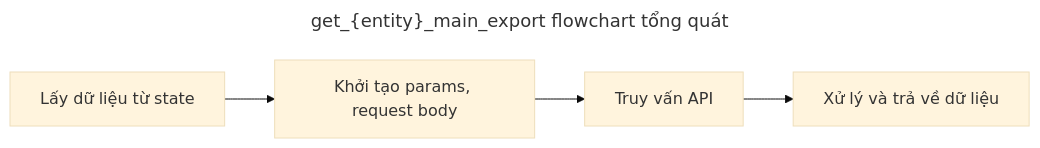
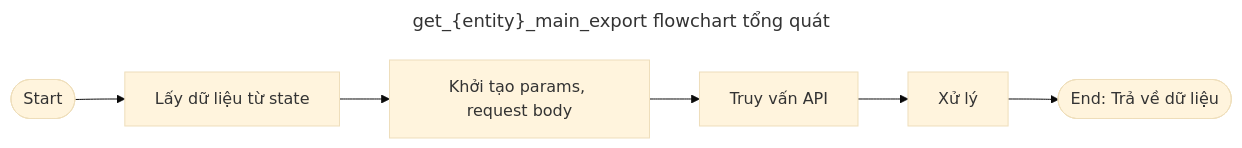
The sixth of 9 diagrams in pseudoAllFunction.md (WuzenLiz/markdown), drawn with Mermaid (base theme) before and after one commit. The commit also changed other lines of this file, not shown here.

Commit message:
update graph get ext

````diff
--- a/pseudoAllFunction.md
+++ b/pseudoAllFunction.md
@@ -66,7 +71,7 @@
     ```mermaid 
     ---
     title: get_{entity}_main_export flowchart tổng quát
     ---
     flowchart LR
-     A[Lấy dữ liệu từ state] --> B[Khởi tạo params, request body] --> C[Truy vấn API] --> D[Xử lý và trả về dữ liệu]
+     Start([Start])-->A[Lấy dữ liệu từ state] --> B[Khởi tạo params, request body] --> C[Truy vấn API] --> D[Xử lý] --> End([End: Trả về dữ liệu])
     ```
````
